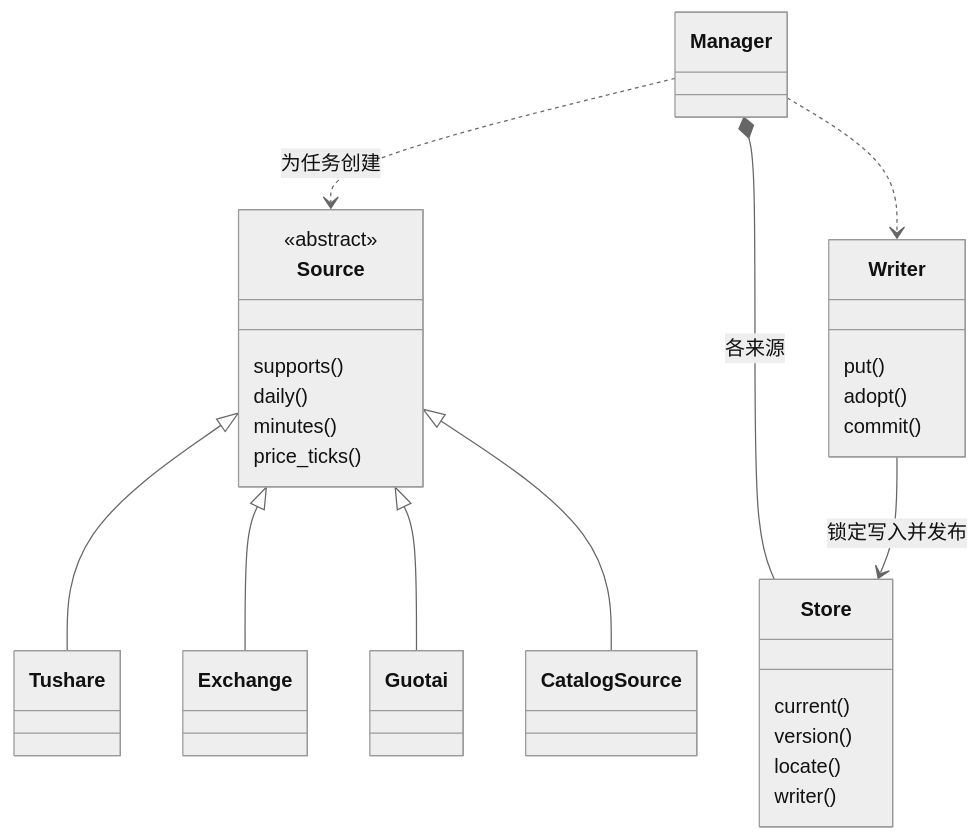
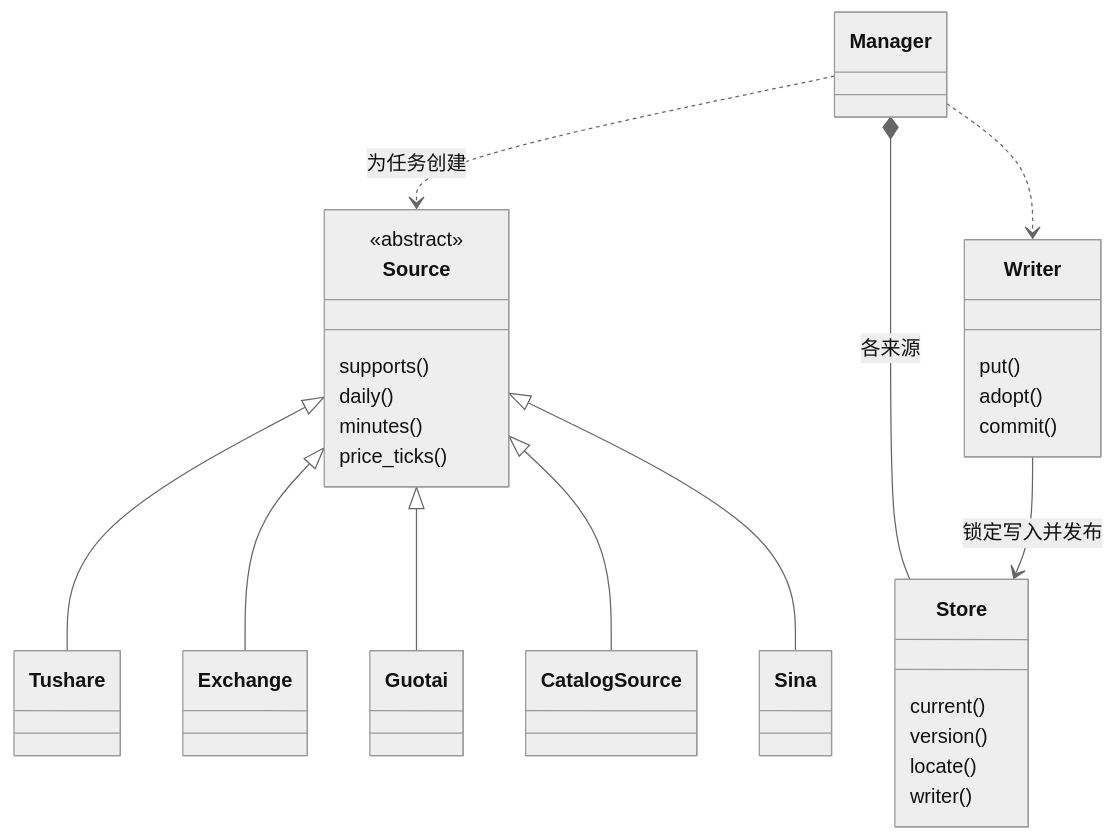
Before and after one commit to isqiwen/asterion-terminal: the third of 5 diagrams in docs/market/architecture.md, drawn with Mermaid (neutral theme). The commit also changed other lines of this file and 12 other files, not shown here.

````diff
--- a/docs/market/architecture.md
+++ b/docs/market/architecture.md
@@ -89,34 +89,36 @@
 ```mermaid
 classDiagram
     class Manager
     class Source {
         <<abstract>>
         supports()
         daily()
         minutes()
         price_ticks()
     }
     class Tushare
     class Exchange
     class Guotai
     class CatalogSource
+    class Sina
     class Store {
         current()
         version()
         locate()
         writer()
     }
     class Writer {
         put()
         adopt()
         commit()
     }
     Source <|-- Tushare
     Source <|-- Exchange
     Source <|-- Guotai
     Source <|-- CatalogSource
+    Source <|-- Sina
     Manager ..> Source : 为任务创建
     Manager *-- Store : 各来源
     Manager ..> Writer
     Writer --> Store : 锁定写入并发布
 ```
````
